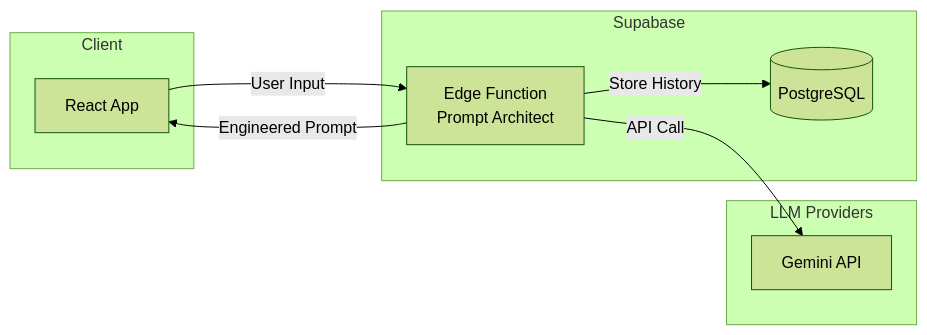
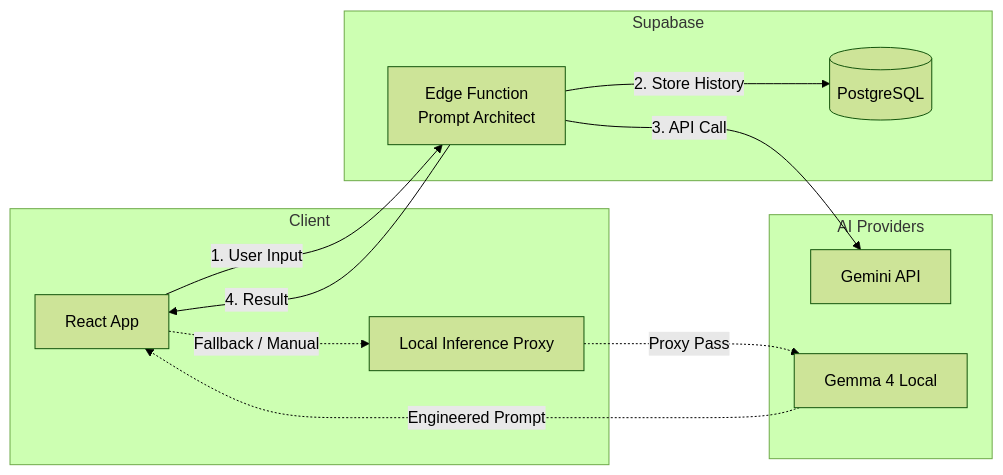
One commit to sf-bcca/PromptArchitect-Studio changed the diagram in README.md. Above: the diagram before and after it, drawn with Mermaid (forest theme). The commit also changed other lines of this file and 10 other files, not shown here.

Commit message:
docs: add Gemma 4 local fallback documentation and improve component JSDoc

````diff
--- a/README.md
+++ b/README.md
@@ -36,18 +37,24 @@
 ```mermaid
 flowchart LR
     subgraph Client
         A[React App]
+        E[Local Inference Proxy]
     end
     subgraph Supabase
         B[Edge Function<br/>Prompt Architect]
         C[(PostgreSQL)]
     end
-    subgraph LLM Providers
+    subgraph AI Providers
         D[Gemini API]
+        F[Gemma 4 Local]
     end
 
-    A -->|User Input| B
-    B -->|Store History| C
-    B -->|API Call| D
-    B -->|Engineered Prompt| A
+    A -->|1. User Input| B
+    B -->|2. Store History| C
+    B -->|3. API Call| D
+    B -->|4. Result| A
+    
+    A -.->|Fallback / Manual| E
+    E -.->|Proxy Pass| F
+    F -.->|Engineered Prompt| A
 ```
````
